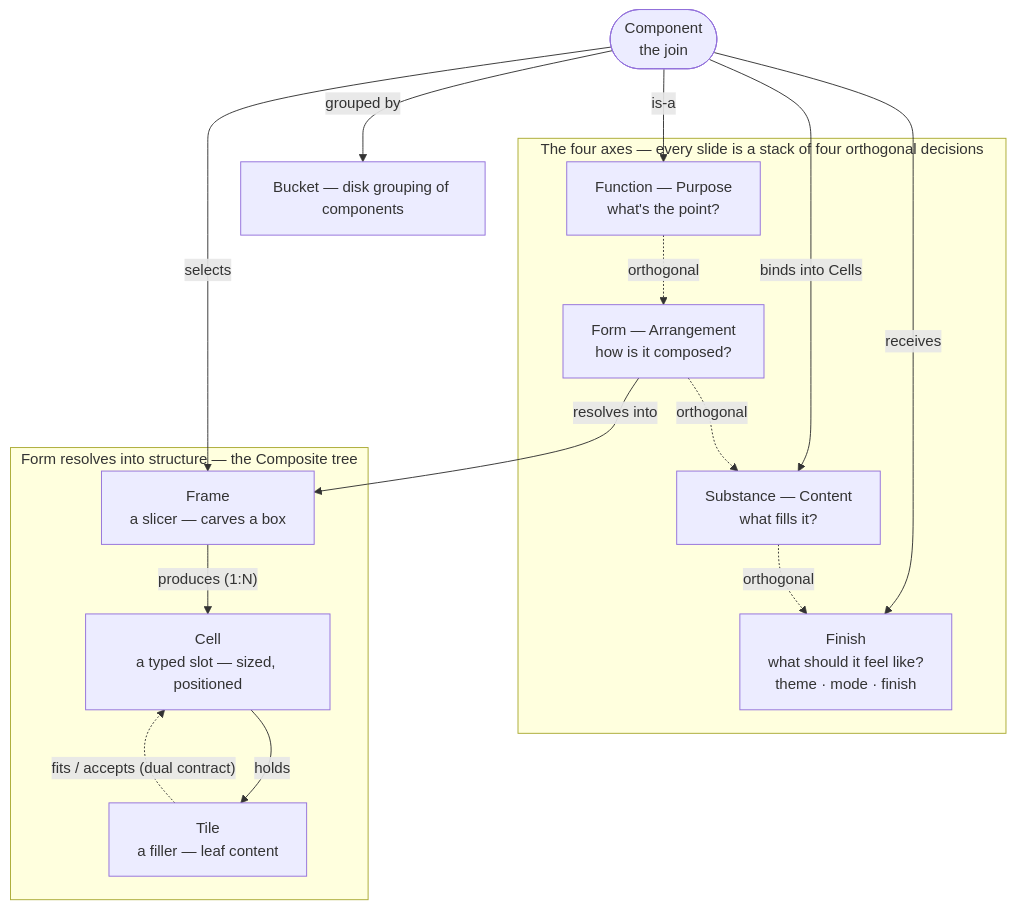
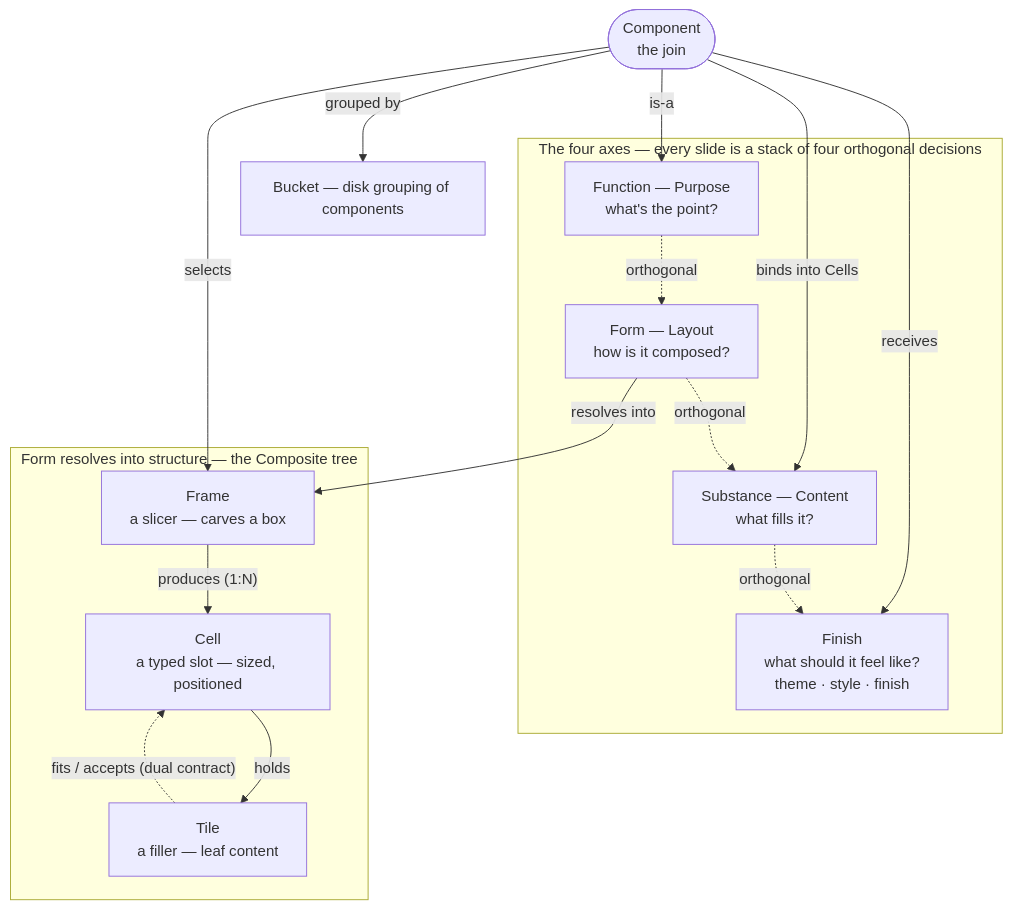
The diagram in design/concepts.md (Laticent/lattice), drawn with Mermaid before and after one commit. The commit also changed other lines of this file and 13 other files, not shown here.

````diff
--- a/design/concepts.md
+++ b/design/concepts.md
@@ -35,33 +35,33 @@
 ```mermaid
 graph TD
   subgraph AXES["The four axes — every slide is a stack of four orthogonal decisions"]
     FUNC["Function — Purpose<br/>what's the point?"]
-    FORM["Form — Arrangement<br/>how is it composed?"]
+    FORM["Form — Layout<br/>how is it composed?"]
     SUBS["Substance — Content<br/>what fills it?"]
-    FIN["Finish<br/>what should it feel like?<br/>theme · mode · finish"]
+    FIN["Finish<br/>what should it feel like?<br/>theme · style · finish"]
   end
 
   subgraph STRUCT["Form resolves into structure — the Composite tree"]
     FRAME["Frame<br/>a slicer — carves a box"]
     CELL["Cell<br/>a typed slot — sized, positioned"]
     TILE["Tile<br/>a filler — leaf content"]
   end
 
   COMP(["Component<br/>the join"])
   BUCKET["Bucket — disk grouping of components"]
 
   FORM -->|"resolves into"| FRAME
   FRAME -->|"produces (1:N)"| CELL
   CELL -->|"holds"| TILE
   TILE -.->|"fits / accepts (dual contract)"| CELL
 
   COMP -->|"is-a"| FUNC
   COMP -->|"selects"| FRAME
   COMP -->|"binds into Cells"| SUBS
   COMP -->|"receives"| FIN
   COMP -->|"grouped by"| BUCKET
 
   FUNC -.->|orthogonal| FORM
   FORM -.->|orthogonal| SUBS
   SUBS -.->|orthogonal| FIN
 ```
````
